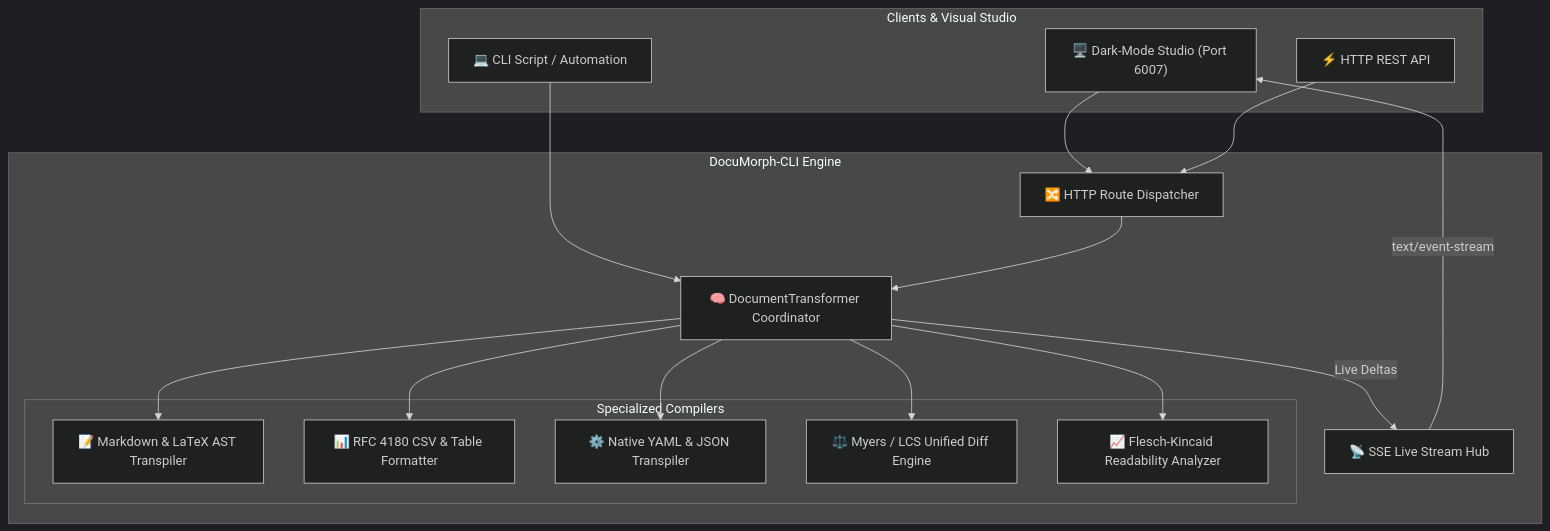
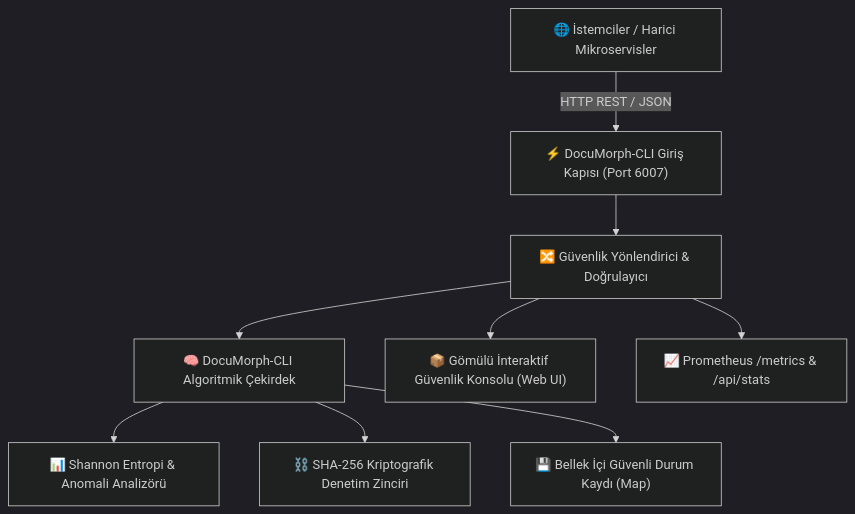
One commit to alinurettin/DocuMorph-CLI changed the diagram in README.md. Above: the diagram before and after it, drawn with Mermaid (dark theme). The commit also changed other lines of this file and 3 other files, not shown here.

````diff
--- a/README.md
+++ b/README.md
@@ -22,31 +53,11 @@
 ```mermaid
 flowchart TD
-    subgraph Clients [Clients & Visual Studio]
-        Web["🖥️ Dark-Mode Studio (Port 6007)"]
-        CLI["💻 CLI Script / Automation"]
-        Curl["⚡ HTTP REST API"]
-    end
-
-    subgraph CoreEngine [DocuMorph-CLI Engine]
-        Router["🔀 HTTP Route Dispatcher"]
-        Transformer["🧠 DocumentTransformer Coordinator"]
-        
-        subgraph Compilers [Specialized Compilers]
-            Md["📝 Markdown & LaTeX AST Transpiler"]
-            Csv["📊 RFC 4180 CSV & Table Formatter"]
-            Yaml["⚙️ Native YAML & JSON Transpiler"]
-            Diff["⚖️ Myers / LCS Unified Diff Engine"]
-            Metrics["📈 Flesch-Kincaid Readability Analyzer"]
-        end
-
-        SSE["📡 SSE Live Stream Hub"]
-    end
-
-    Web --> Router
-    CLI --> Transformer
-    Curl --> Router
-    Router --> Transformer
-    Transformer --> Md & Csv & Yaml & Diff & Metrics
-    Transformer -->|Live Deltas| SSE
-    SSE -->|text/event-stream| Web
+    Client["🌐 İstemciler / Harici Mikroservisler"] -->|HTTP REST / JSON| Entrypoint["⚡ DocuMorph-CLI Giriş Kapısı (Port 6007)"]
+    Entrypoint --> Dispatcher["🔀 Güvenlik Yönlendirici & Doğrulayıcı"]
+    Dispatcher --> CoreEngine["🧠 DocuMorph-CLI Algoritmik Çekirdek"]
+    CoreEngine --> Entropy["📊 Shannon Entropi & Anomali Analizörü"]
+    CoreEngine --> HashChain["⛓️ SHA-256 Kriptografik Denetim Zinciri"]
+    CoreEngine --> Storage["💾 Bellek İçi Güvenli Durum Kaydı (Map)"]
+    Dispatcher --> WebUI["📦 Gömülü İnteraktif Güvenlik Konsolu (Web UI)"]
+    Dispatcher --> Telemetry["📈 Prometheus /metrics & /api/stats"]
 ```
````
